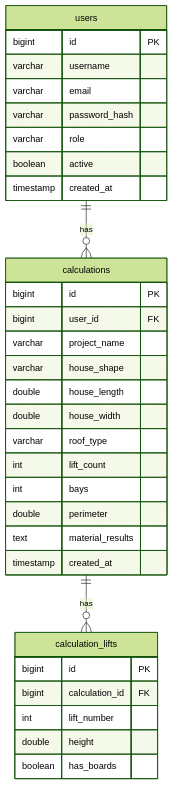
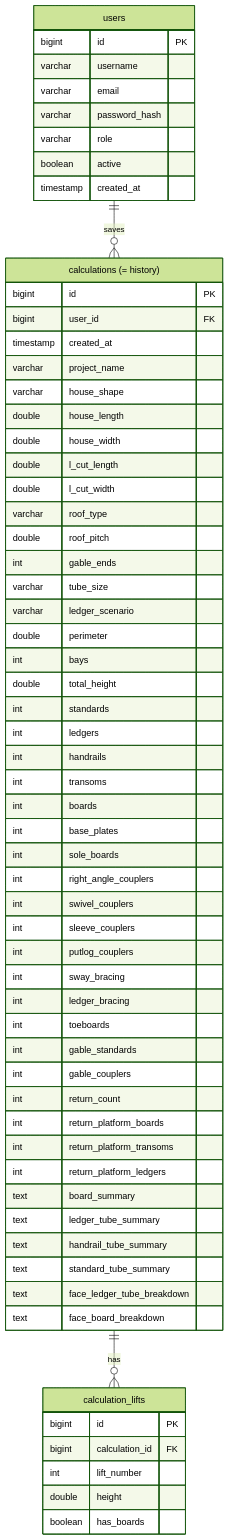
One commit to andriusarkus-debug/scaffold-calculator changed the sixth of 6 diagrams in docs/diagrams.md. Above: the diagram before and after it, drawn with Mermaid (forest theme). The commit also changed other lines of this file, not shown here.

Commit message:
Update DB schema diagram: full calculations table + history note

````diff
--- a/docs/diagrams.md
+++ b/docs/diagrams.md
@@ -177,38 +179,69 @@
 ```mermaid
 erDiagram
     users {
         bigint id PK
         varchar username
         varchar email
         varchar password_hash
         varchar role
         boolean active
         timestamp created_at
     }
 
-    calculations {
+    calculations["calculations (= history)"] {
         bigint id PK
         bigint user_id FK
+        timestamp created_at
         varchar project_name
         varchar house_shape
         double house_length
         double house_width
+        double l_cut_length
+        double l_cut_width
         varchar roof_type
-        int lift_count
+        double roof_pitch
+        int gable_ends
+        varchar tube_size
+        varchar ledger_scenario
+        double perimeter
         int bays
-        double perimeter
-        text material_results
-        timestamp created_at
+        double total_height
+        int standards
+        int ledgers
+        int handrails
+        int transoms
+        int boards
+        int base_plates
+        int sole_boards
+        int right_angle_couplers
+        int swivel_couplers
+        int sleeve_couplers
+        int putlog_couplers
+        int sway_bracing
+        int ledger_bracing
+        int toeboards
+        int gable_standards
+        int gable_couplers
+        int return_count
+        int return_platform_boards
+        int return_platform_transoms
+        int return_platform_ledgers
+        text board_summary
+        text ledger_tube_summary
+        text handrail_tube_summary
+        text standard_tube_summary
+        text face_ledger_tube_breakdown
+        text face_board_breakdown
     }
 
     calculation_lifts {
         bigint id PK
         bigint calculation_id FK
         int lift_number
         double height
         boolean has_boards
     }
 
-    users ||--o{ calculations : "has"
+    users ||--o{ calculations : "saves"
     calculations ||--o{ calculation_lifts : "has"
 ```
````
